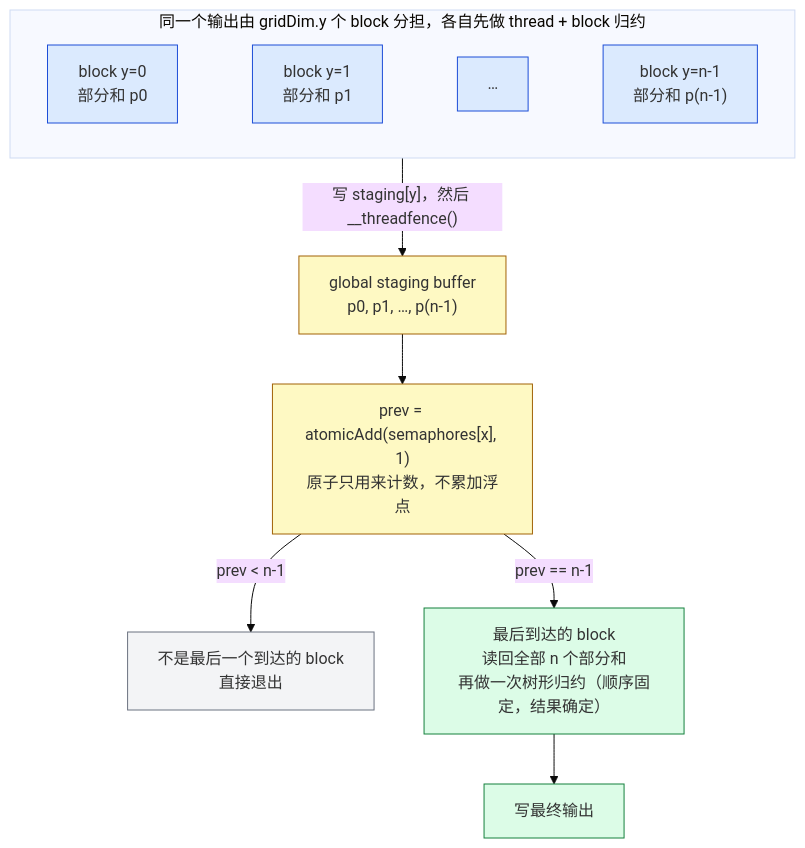
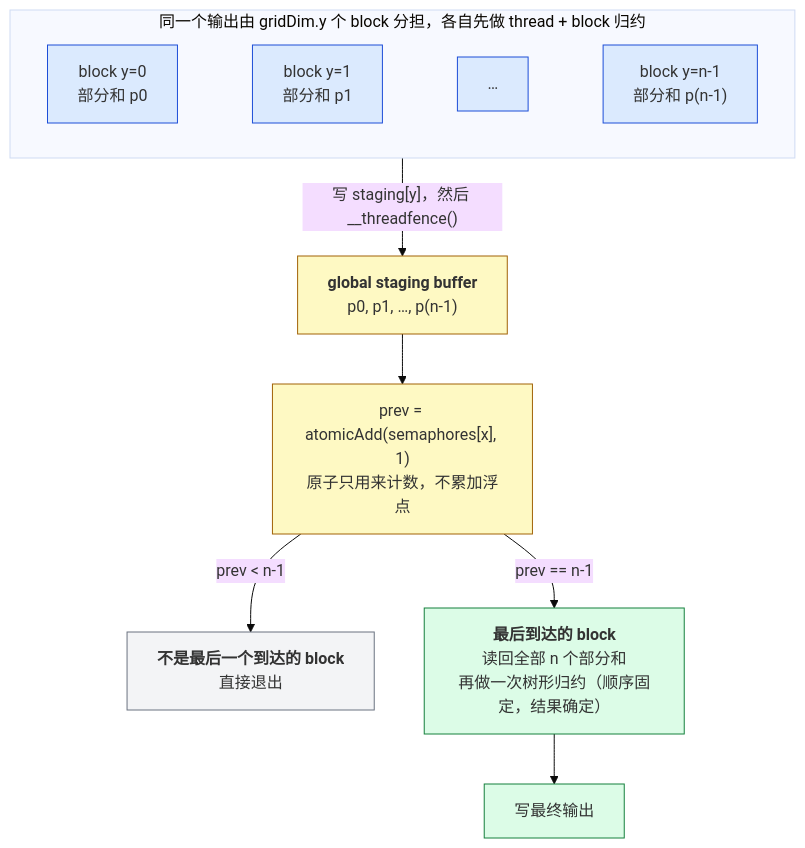
The third of 3 diagrams in _posts/2026-05-14-shared-memory-reduction-and-softmax.md (arganzheng/arganzheng.github.com), drawn with Mermaid (base theme) before and after one commit. The commit also changed other lines of this file and 10 other files, not shown here.

First line of the commit message:
GPU Kernel 工程：从 CUDA 执行模型到 FlashAttention：Mermaid 多行方框的首行标为标题（11 篇）

````diff
--- a/_posts/2026-05-14-shared-memory-reduction-and-softmax.md
+++ b/_posts/2026-05-14-shared-memory-reduction-and-softmax.md
@@ -807,17 +807,17 @@
 ```mermaid
 %% 图：Reduce.cuh 跨 block 的一级：各 block 写 staging buffer，原子计数选出最后到达的 block 做最终归约
 flowchart TB
     classDef b fill:#dbeafe,stroke:#1d4ed8
     classDef g fill:#fef9c3,stroke:#a16207
     classDef r fill:#dcfce7,stroke:#15803d
     classDef gray fill:#f3f4f6,stroke:#6b7280
     subgraph blocks["同一个输出由 gridDim.y 个 block 分担，各自先做 thread + block 归约"]
         direction LR
         B0["block y=0<br/>部分和 p0"]:::b ~~~ B1["block y=1<br/>部分和 p1"]:::b ~~~ Bd["…"]:::b ~~~ Bn["block y=n-1<br/>部分和 p(n-1)"]:::b
     end
-    blocks -->|"写 staging#91;y#93;，然后 __threadfence()"| ST["global staging buffer<br/>p0, p1, …, p(n-1)"]:::g
+    blocks -->|"写 staging#91;y#93;，然后 __threadfence()"| ST["<b>global staging buffer</b><br/>p0, p1, …, p(n-1)"]:::g
     ST --> AT["prev = atomicAdd(semaphores#91;x#93;, 1)<br/>原子只用来计数，不累加浮点"]:::g
-    AT -->|"prev < n-1"| EX["不是最后一个到达的 block<br/>直接退出"]:::gray
-    AT -->|"prev == n-1"| LAST["最后到达的 block<br/>读回全部 n 个部分和<br/>再做一次树形归约（顺序固定，结果确定）"]:::r
+    AT -->|"prev < n-1"| EX["<b>不是最后一个到达的 block</b><br/>直接退出"]:::gray
+    AT -->|"prev == n-1"| LAST["<b>最后到达的 block</b><br/>读回全部 n 个部分和<br/>再做一次树形归约（顺序固定，结果确定）"]:::r
     LAST --> OUT["写最终输出"]:::r
 ```
````
